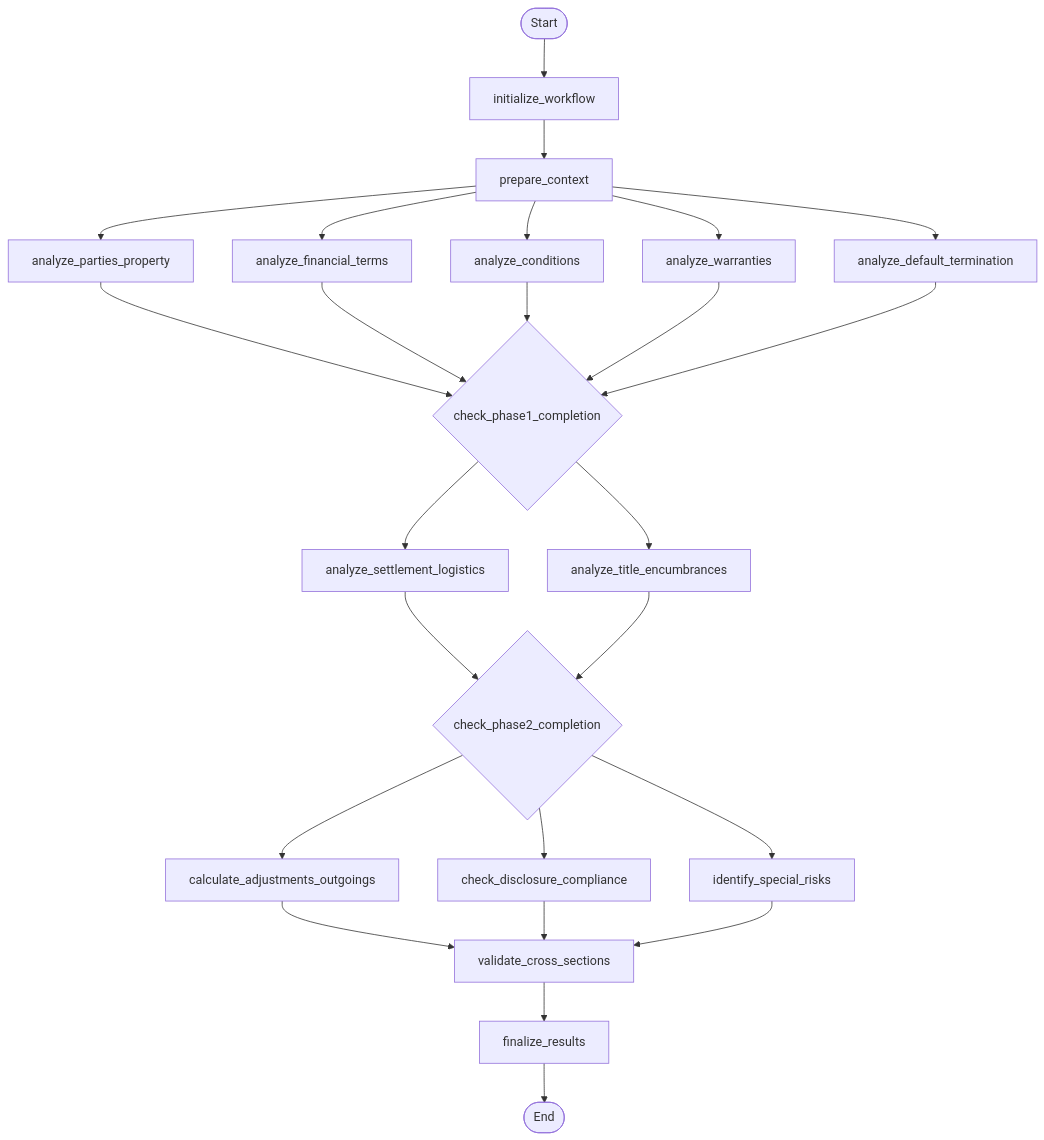
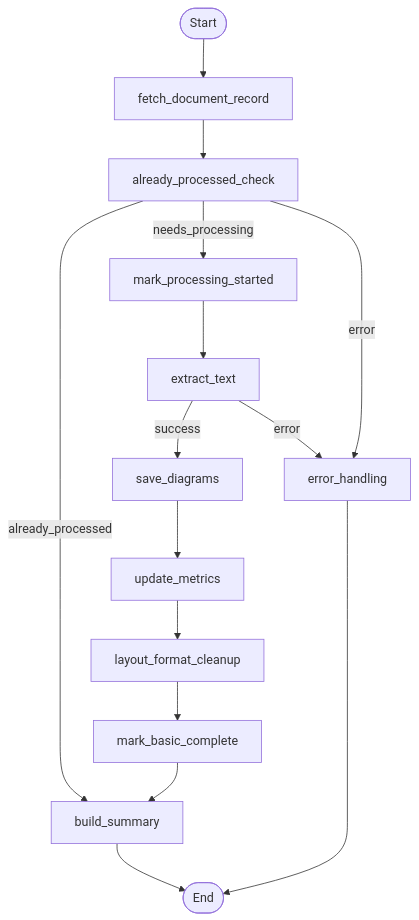
The diagram in docs/workflows/document-processing-workflow.md (bohui/real2ai), drawn with Mermaid before and after one commit. The commit also changed other lines of this file and 39 other files, not shown here.

````diff
--- a/docs/workflows/document-processing-workflow.md
+++ b/docs/workflows/document-processing-workflow.md
@@ -5,41 +5,27 @@
 ```mermaid
 graph TD
   START([Start])
   END([End])
 
-  %% Initialization
-  START --> I[initialize_workflow]
-  I --> P[prepare_context]
+  START --> FDR[fetch_document_record]
+  FDR --> APC[already_processed_check]
 
-  %% Phase 1: Foundation Analysis (parallel)
-  P --> F1A[analyze_parties_property]
-  P --> F1B[analyze_financial_terms]
-  P --> F1C[analyze_conditions]
-  P --> F1D[analyze_warranties]
-  P --> F1E[analyze_default_termination]
+  %% Already processed short-circuit
+  APC -- already_processed --> BS[build_summary]
+  APC -- needs_processing --> MPS[mark_processing_started]
+  APC -- error --> EH[error_handling]
 
-  F1A --> C1{check_phase1_completion}
-  F1B --> C1
-  F1C --> C1
-  F1D --> C1
-  F1E --> C1
+  %% Processing pipeline
+  MPS --> ET[extract_text]
+  ET -- success --> SD[save_diagrams]
+  ET -- error --> EH
 
-  %% Phase 2: Dependent Analysis
-  C1 --> S2A[analyze_settlement_logistics]
-  C1 --> S2B[analyze_title_encumbrances]
+  SD --> UM[update_metrics]
+  UM --> LFC[layout_format_cleanup]
+  LFC --> MBC[mark_basic_complete]
+  MBC --> BS
 
-  S2A --> C2{check_phase2_completion}
-  S2B --> C2
-
-  %% Phase 3: Synthesis Analysis
-  C2 --> S3A[calculate_adjustments_outgoings]
-  C2 --> S3B[check_disclosure_compliance]
-  C2 --> S3C[identify_special_risks]
-
-  S3A --> X[validate_cross_sections]
-  S3B --> X
-  S3C --> X
-
-  X --> F[finalize_results]
-  F --> END
+  %% Terminal edges
+  BS --> END
+  EH --> END
 ```
````
